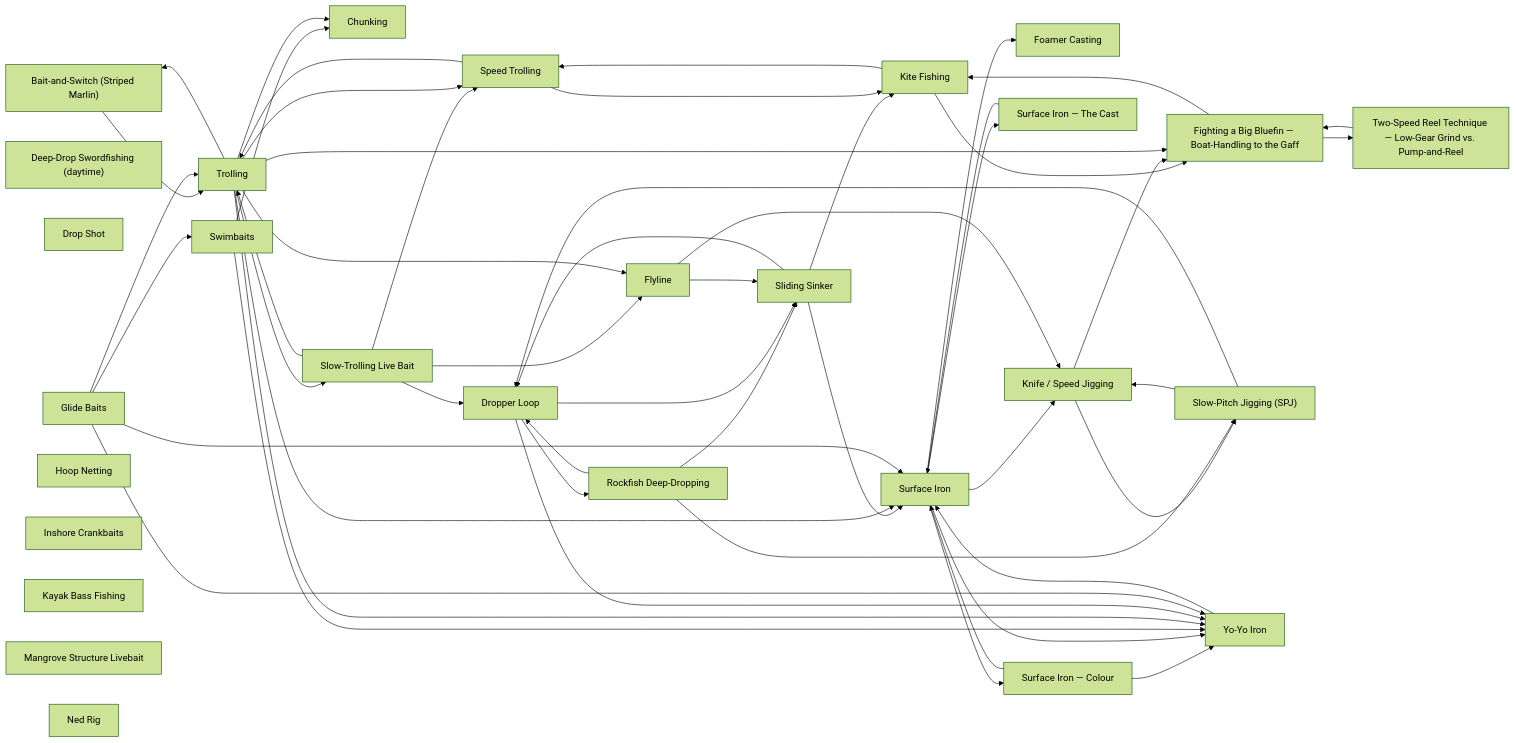
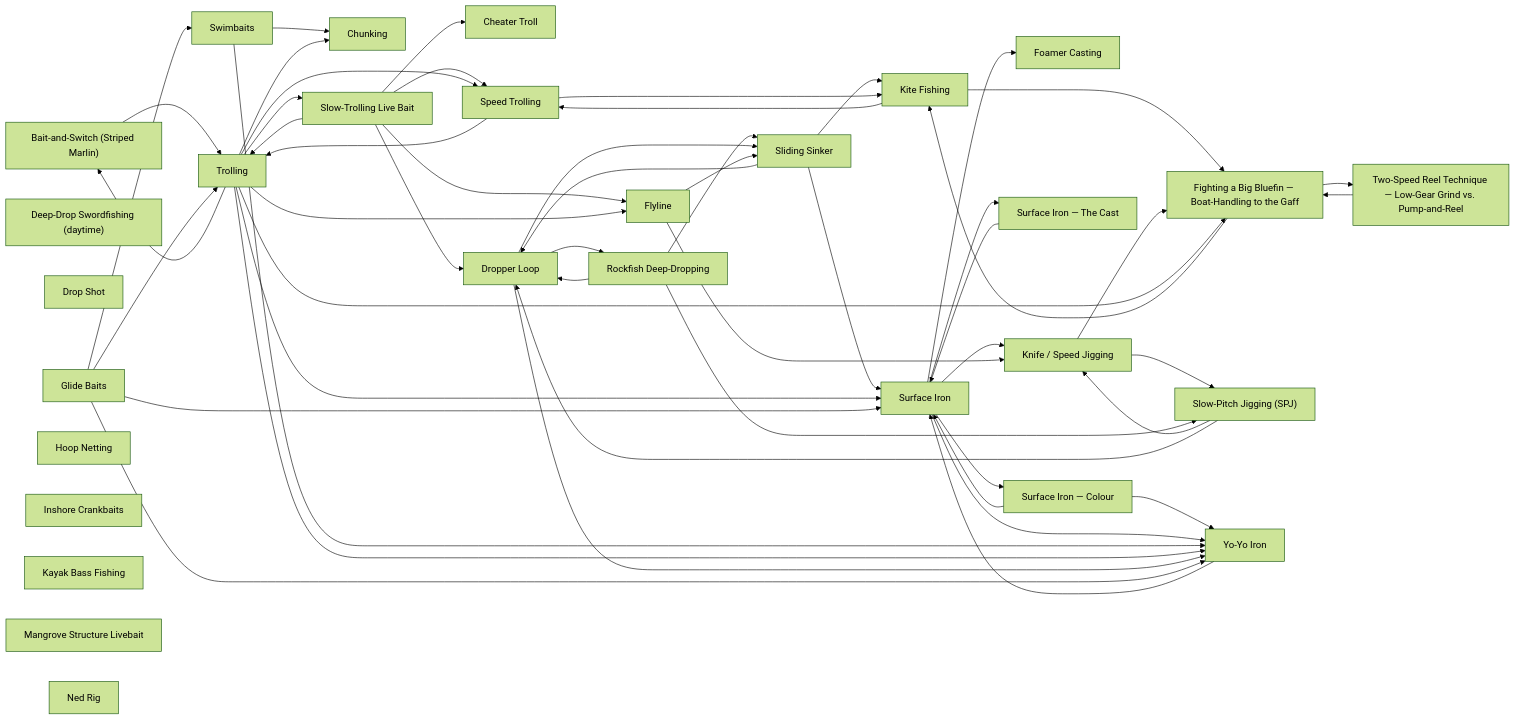
One commit to camchuckpete-max/Socal-Fishing-Knowledge changed the diagram in techniques/README.md. Above: the diagram before and after it, drawn with Mermaid (forest theme). The commit also changed other lines of this file and 8 other files, not shown here.

````diff
--- a/techniques/README.md
+++ b/techniques/README.md
@@ -41,81 +42,83 @@
 ```mermaid
 graph LR
   n0["Bait-and-Switch (Striped Marlin)"]
-  n1["Chunking"]
-  n2["Deep-Drop Swordfishing (daytime)"]
-  n3["Drop Shot"]
-  n4["Dropper Loop"]
-  n5["Fighting a Big Bluefin — Boat-Handling to the Gaff"]
-  n6["Flyline"]
-  n7["Foamer Casting"]
-  n8["Glide Baits"]
-  n9["Hoop Netting"]
-  n10["Inshore Crankbaits"]
-  n11["Kayak Bass Fishing"]
-  n12["Kite Fishing"]
-  n13["Knife / Speed Jigging"]
-  n14["Mangrove Structure Livebait"]
-  n15["Ned Rig"]
-  n16["Rockfish Deep-Dropping"]
-  n17["Sliding Sinker"]
-  n18["Slow-Pitch Jigging (SPJ)"]
-  n19["Slow-Trolling Live Bait"]
-  n20["Speed Trolling"]
-  n21["Surface Iron — The Cast"]
-  n22["Surface Iron — Colour"]
-  n23["Surface Iron"]
-  n24["Swimbaits"]
-  n25["Trolling"]
-  n26["Two-Speed Reel Technique — Low-Gear Grind vs. Pump-and-Reel"]
-  n27["Yo-Yo Iron"]
-  n0 --> n25
-  n12 --> n20
-  n12 --> n5
-  n13 --> n18
-  n13 --> n5
-  n16 --> n17
-  n16 --> n18
-  n16 --> n4
-  n17 --> n12
-  n17 --> n23
-  n17 --> n4
+  n1["Cheater Troll"]
+  n2["Chunking"]
+  n3["Deep-Drop Swordfishing (daytime)"]
+  n4["Drop Shot"]
+  n5["Dropper Loop"]
+  n6["Fighting a Big Bluefin — Boat-Handling to the Gaff"]
+  n7["Flyline"]
+  n8["Foamer Casting"]
+  n9["Glide Baits"]
+  n10["Hoop Netting"]
+  n11["Inshore Crankbaits"]
+  n12["Kayak Bass Fishing"]
+  n13["Kite Fishing"]
+  n14["Knife / Speed Jigging"]
+  n15["Mangrove Structure Livebait"]
+  n16["Ned Rig"]
+  n17["Rockfish Deep-Dropping"]
+  n18["Sliding Sinker"]
+  n19["Slow-Pitch Jigging (SPJ)"]
+  n20["Slow-Trolling Live Bait"]
+  n21["Speed Trolling"]
+  n22["Surface Iron — The Cast"]
+  n23["Surface Iron — Colour"]
+  n24["Surface Iron"]
+  n25["Swimbaits"]
+  n26["Trolling"]
+  n27["Two-Speed Reel Technique — Low-Gear Grind vs. Pump-and-Reel"]
+  n28["Yo-Yo Iron"]
+  n0 --> n26
+  n13 --> n21
+  n13 --> n6
+  n14 --> n19
+  n14 --> n6
+  n17 --> n18
+  n17 --> n19
+  n17 --> n5
   n18 --> n13
-  n18 --> n4
-  n19 --> n20
-  n19 --> n25
-  n19 --> n4
-  n19 --> n6
-  n20 --> n12
-  n20 --> n25
-  n21 --> n23
-  n22 --> n23
-  n22 --> n27
-  n23 --> n13
-  n23 --> n21
-  n23 --> n22
-  n23 --> n27
-  n23 --> n7
-  n24 --> n1
-  n24 --> n27
-  n25 --> n0
-  n25 --> n1
-  n25 --> n19
-  n25 --> n20
-  n25 --> n23
-  n25 --> n27
-  n25 --> n5
-  n25 --> n6
-  n26 --> n5
-  n27 --> n23
-  n4 --> n16
-  n4 --> n17
-  n4 --> n27
-  n5 --> n12
-  n5 --> n26
+  n18 --> n24
+  n18 --> n5
+  n19 --> n14
+  n19 --> n5
+  n20 --> n1
+  n20 --> n21
+  n20 --> n26
+  n20 --> n5
+  n20 --> n7
+  n21 --> n13
+  n21 --> n26
+  n22 --> n24
+  n23 --> n24
+  n23 --> n28
+  n24 --> n14
+  n24 --> n22
+  n24 --> n23
+  n24 --> n28
+  n24 --> n8
+  n25 --> n2
+  n25 --> n28
+  n26 --> n0
+  n26 --> n2
+  n26 --> n20
+  n26 --> n21
+  n26 --> n24
+  n26 --> n28
+  n26 --> n6
+  n26 --> n7
+  n27 --> n6
+  n28 --> n24
+  n5 --> n17
+  n5 --> n18
+  n5 --> n28
   n6 --> n13
-  n6 --> n17
-  n8 --> n23
-  n8 --> n24
-  n8 --> n25
-  n8 --> n27
+  n6 --> n27
+  n7 --> n14
+  n7 --> n18
+  n9 --> n24
+  n9 --> n25
+  n9 --> n26
+  n9 --> n28
 ```
````
